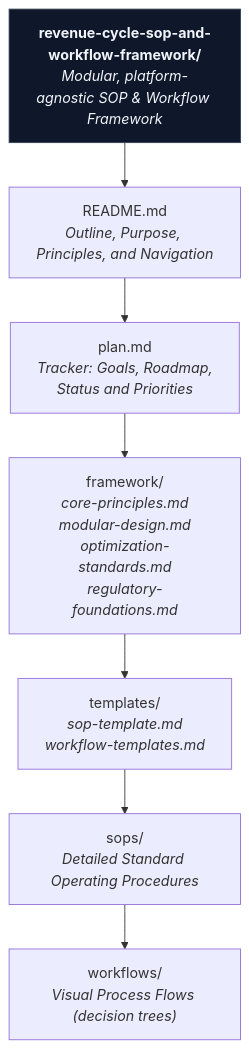
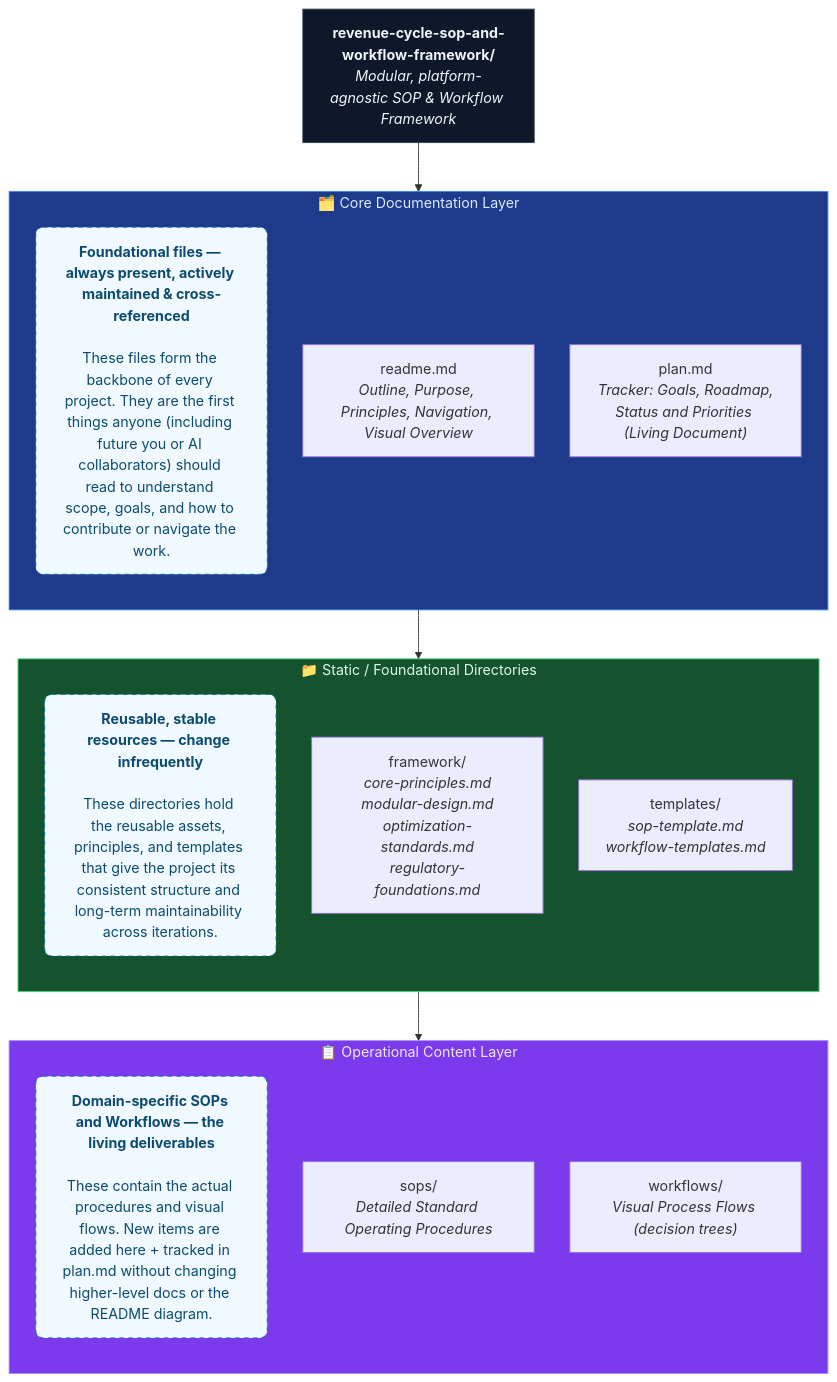
One commit to shainemeister/revenue-cycle-sop-and-workflow-framework changed the diagram in readme.md. Above: the diagram before and after it, drawn with Mermaid.

Commit message:
Update Mermaid diagram in revenue-cycle-sop-and-workflow-framework/readme.md to match the advanced vertical subgraph format, init config, descBox styling, and layered structure from template/readme.md for improved consistency, mobile readability, and alignment with standardized project documentation practices.

````diff
--- a/readme.md
+++ b/readme.md
@@ -65,21 +65,44 @@
 ```mermaid
+%%{init: {
+  "flowchart": {
+    "htmlLabels": true,
+    "nodeSpacing": 40,
+    "rankSpacing": 55,
+    "curve": "basis"
+  }
+}}%%
 flowchart TD
-    Root["<b>revenue-cycle-sop-and-workflow-framework/</b><br/><i>Modular, platform-agnostic SOP &amp; Workflow Framework</i>"]
+    Root["<b>revenue-cycle-sop-and-workflow-framework/</b><br/><i>Modular, platform-agnostic SOP & Workflow Framework</i>"]
 
-    README["README.md<br/><i>Outline, Purpose, Principles, and Navigation</i>"]
-    PLAN["plan.md<br/><i>Tracker: Goals, Roadmap,<br/>Status and Priorities</i>"]
-    Framework["framework/<br/><i>core-principles.md<br/>modular-design.md<br/>optimization-standards.md<br/>regulatory-foundations.md</i>"]
-    Templates["templates/<br/><i>sop-template.md<br/>workflow-templates.md</i>"]
-    SOPS["sops/<br/><i>Detailed Standard Operating Procedures</i>"]
-    WORKFLOWS["workflows/<br/><i>Visual Process Flows (decision trees)</i>"]
+    subgraph Core ["🗂️ Core Documentation Layer"]
+        direction TB
+        coreDesc["<b>Foundational files — always present, actively maintained & cross-referenced</b><br/><br/>These files form the backbone of every project. They are the first things anyone (including future you or AI collaborators) should read to understand scope, goals, and how to contribute or navigate the work."]:::descBox
+        README["readme.md<br/><i>Outline, Purpose, Principles, Navigation, Visual Overview</i>"]
+        PLAN["plan.md<br/><i>Tracker: Goals, Roadmap,<br/>Status and Priorities (Living Document)</i>"]
+    end
 
-    Root --> README
-    README --> PLAN
-    PLAN --> Framework
-    Framework --> Templates
-    Templates --> SOPS
-    SOPS --> WORKFLOWS
+    subgraph Static ["📁 Static / Foundational Directories"]
+        direction TB
+        staticDesc["<b>Reusable, stable resources — change infrequently</b><br/><br/>These directories hold the reusable assets, principles, and templates that give the project its consistent structure and long-term maintainability across iterations."]:::descBox
+        Framework["framework/<br/><i>core-principles.md<br/>modular-design.md<br/>optimization-standards.md<br/>regulatory-foundations.md</i>"]
+        Templates["templates/<br/><i>sop-template.md<br/>workflow-templates.md</i>"]
+    end
 
-    %% Simple high-contrast styling for readability
+    subgraph Content ["📋 Operational Content Layer"]
+        direction TB
+        contentDesc["<b>Domain-specific SOPs and Workflows — the living deliverables</b><br/><br/>These contain the actual procedures and visual flows. New items are added here + tracked in plan.md without changing higher-level docs or the README diagram."]:::descBox
+        SOPS["sops/<br/><i>Detailed Standard Operating Procedures</i>"]
+        WORKFLOWS["workflows/<br/><i>Visual Process Flows (decision trees)</i>"]
+    end
+
+    Root --> Core
+    Core --> Static
+    Static --> Content
+
+    %% High-contrast dark theme styling + vertical layout optimizations for narrow screens
     style Root fill:#0f172a,stroke:#334155,color:#f1f5f9
+    style Core fill:#1e3a8a,stroke:#3b82f6,color:#dbeafe
+    style Static fill:#14532d,stroke:#4ade80,color:#dcfce7
+    style Content fill:#7c3aed,stroke:#a78bfa,color:#ede9fe
+    classDef descBox fill:#f0f9ff,stroke:#0369a1,color:#0c4a6e,stroke-dasharray:5 5,rx:8,ry:8
 ```
````
